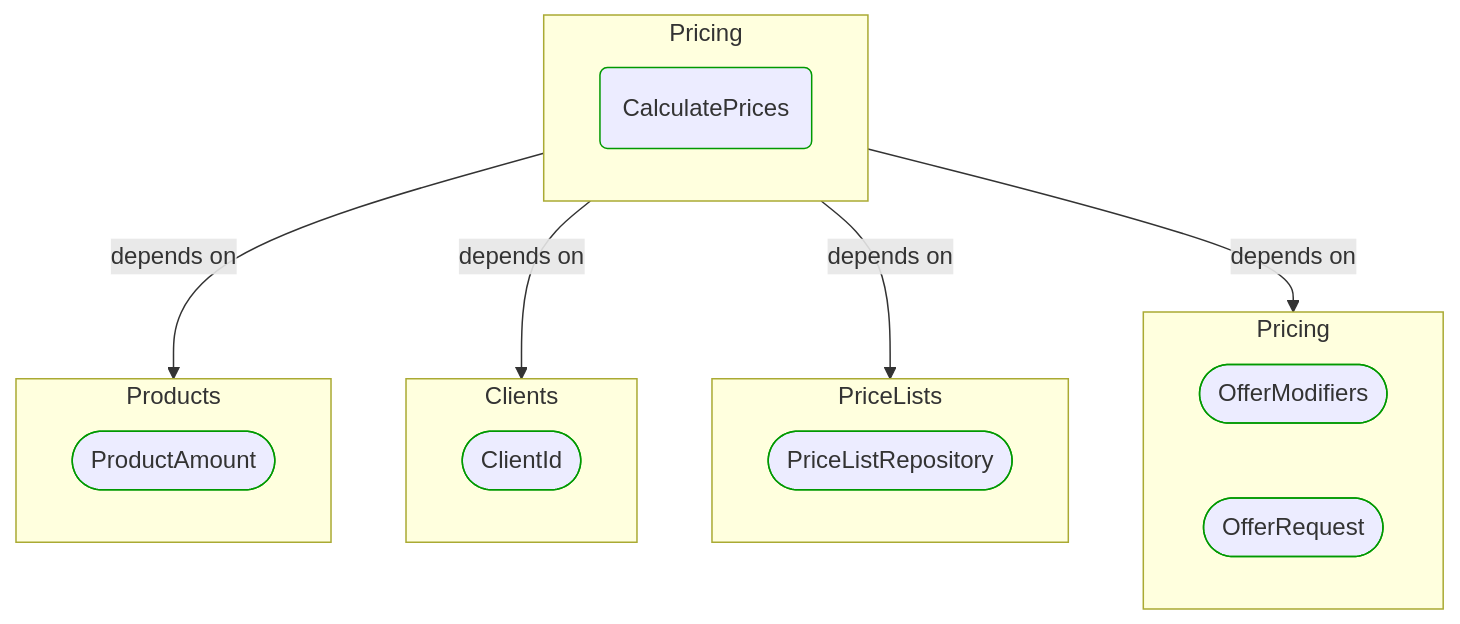
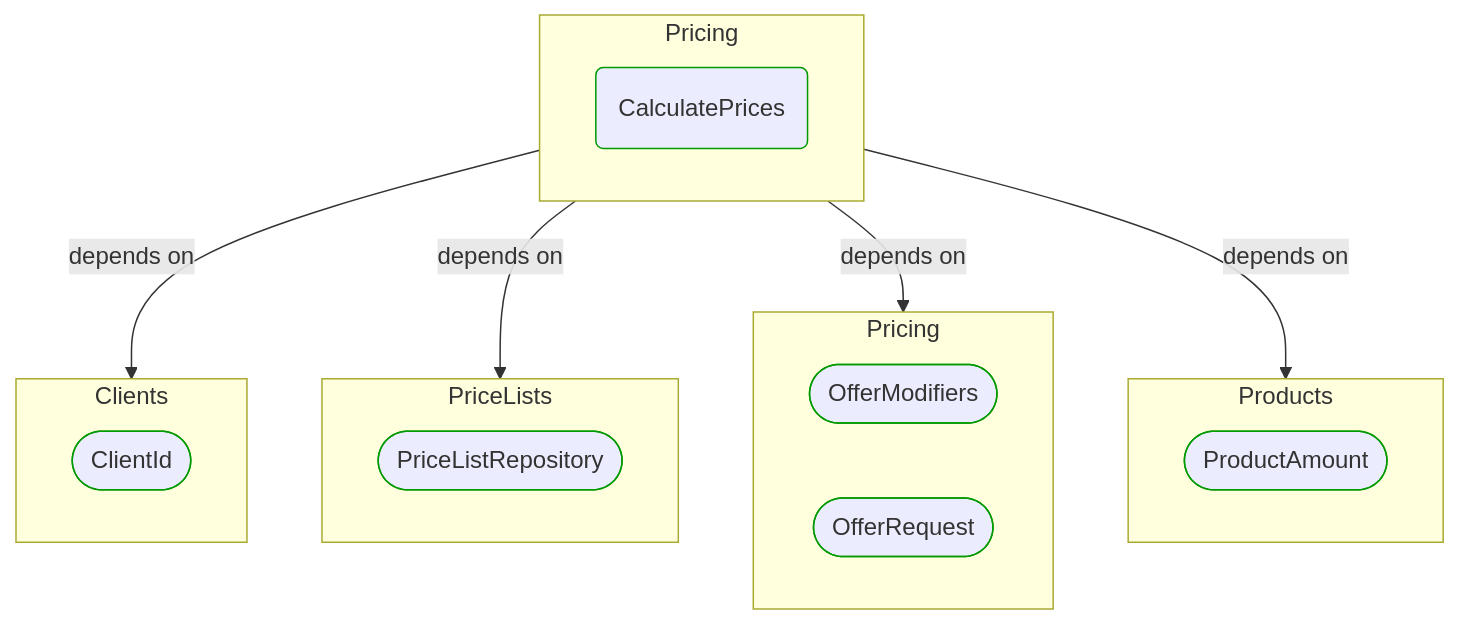
One commit to itlibrium/DDD-starter-dotnet changed the first of 2 diagrams in Docs/P3/MermaidOutput/BuildingBlocks/Sales/Pricing/CalculatePrices.md. Above: the diagram before and after it, drawn with Mermaid. The commit also changed other lines of this file and 78 other files, not shown here.

````diff
--- a/Docs/P3/MermaidOutput/BuildingBlocks/Sales/Pricing/CalculatePrices.md
+++ b/Docs/P3/MermaidOutput/BuildingBlocks/Sales/Pricing/CalculatePrices.md
@@ -18,32 +18,32 @@
 ```mermaid
   flowchart TB
     subgraph 0["Pricing"]
       1(CalculatePrices)
       class 1 DomainPerspective
     end
-    subgraph 2["Products"]
-      3([ProductAmount])
+    subgraph 2["Clients"]
+      3([ClientId])
       class 3 DomainPerspective
     end
-    subgraph 4["Clients"]
-      5([ClientId])
+    subgraph 4["PriceLists"]
+      5([PriceListRepository])
       class 5 DomainPerspective
     end
-    subgraph 6["PriceLists"]
-      7([PriceListRepository])
+    subgraph 6["Pricing"]
+      7([OfferModifiers])
       class 7 DomainPerspective
+      8([OfferRequest])
+      class 8 DomainPerspective
     end
-    subgraph 8["Pricing"]
-      9([OfferModifiers])
-      class 9 DomainPerspective
-      10([OfferRequest])
+    subgraph 9["Products"]
+      10([ProductAmount])
       class 10 DomainPerspective
     end
     0-->|depends on|2
     0-->|depends on|4
     0-->|depends on|6
-    0-->|depends on|8
+    0-->|depends on|9
     classDef DomainPerspective stroke:#009900
     classDef TechnologyPerspective stroke:#1F41EB
     classDef PeoplePerspective stroke:#FFF014
 ```
````
